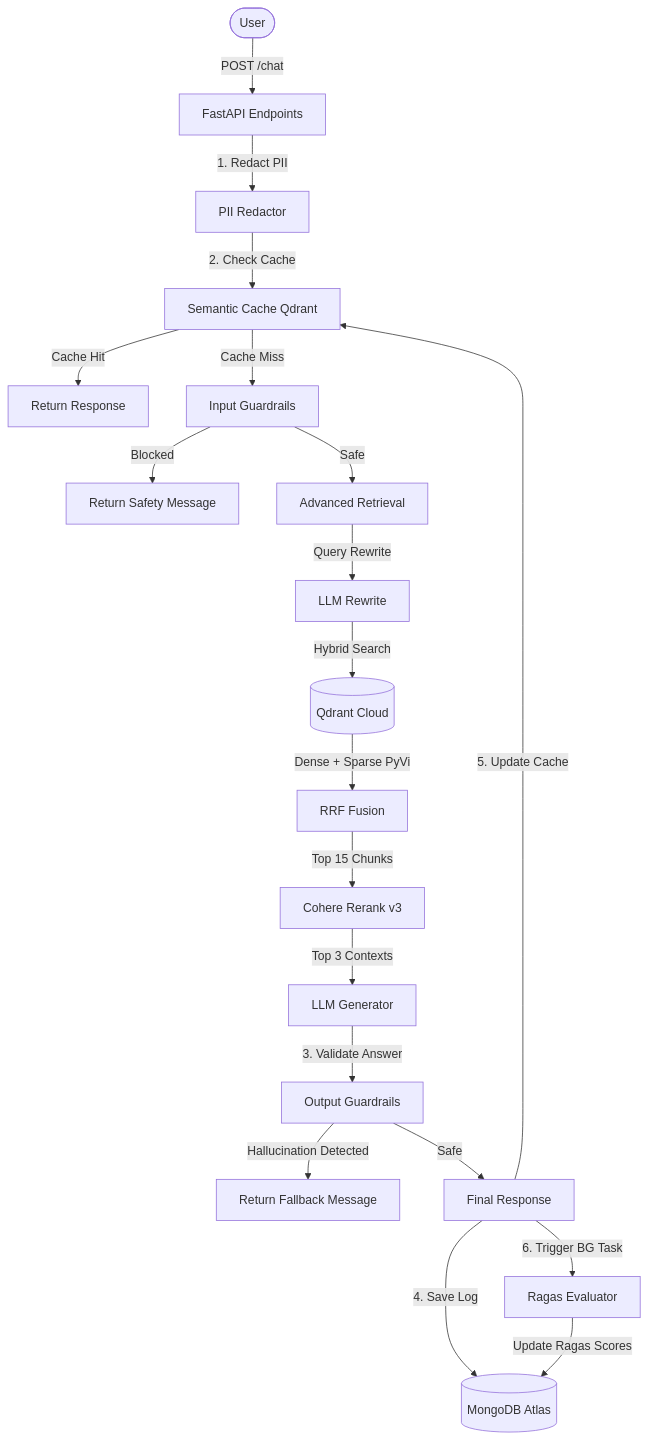
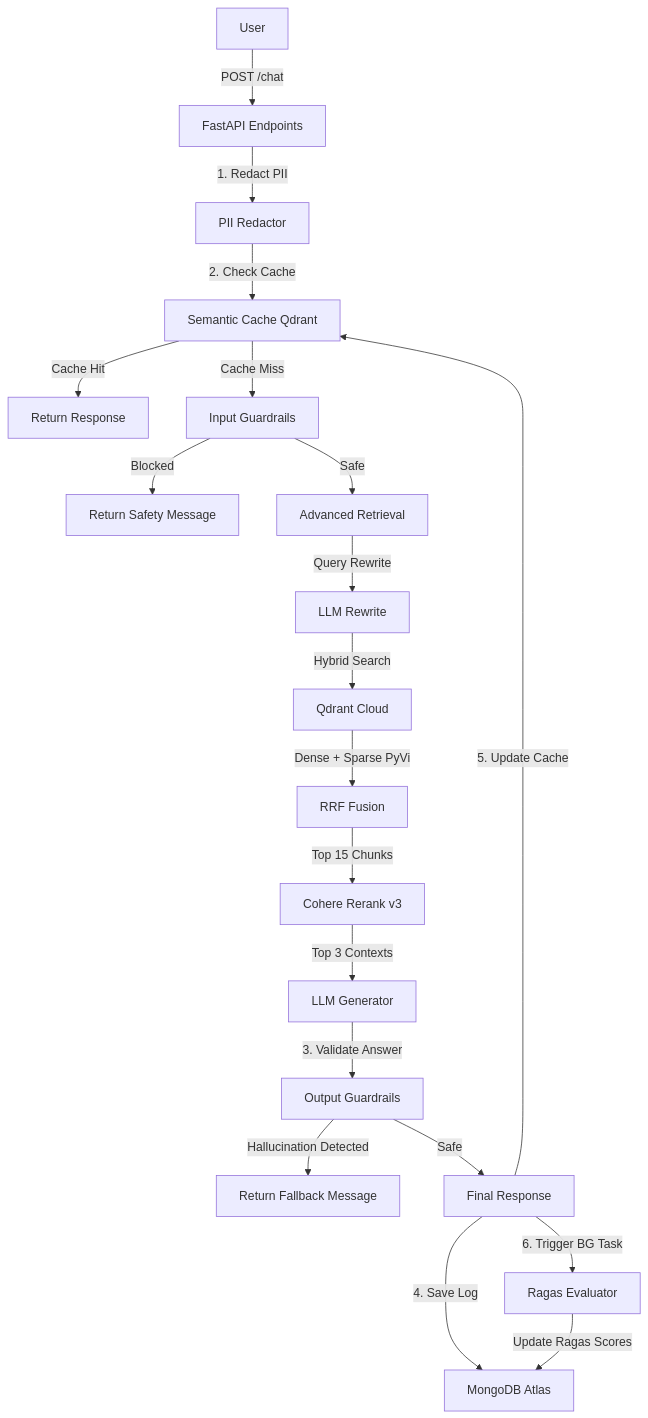
The diagram in README.md (TanNguyen234/VietLex-Tech-Spec), drawn with Mermaid before and after one commit. The commit also changed 4 other files, not shown here.

First line of the commit message:
feat: fix README Mermaid render, improve send button UI, and update screenshots

````diff
--- a/README.md
+++ b/README.md
@@ -47,25 +47,25 @@
 ```mermaid
 graph TD
-    User([User]) -->|POST /chat| API[FastAPI Endpoints]
-    API -->|1. Redact PII| PII[PII Redactor]
-    PII -->|2. Check Cache| Cache[Semantic Cache Qdrant]
-    Cache -->|Cache Hit| Return[Return Response]
-    Cache -->|Cache Miss| InputRails[Input Guardrails]
-    InputRails -->|Blocked| Block[Return Safety Message]
-    InputRails -->|Safe| RAG[Advanced Retrieval]
+    User["User"] -->|POST /chat| API["FastAPI Endpoints"]
+    API -->|1. Redact PII| PII["PII Redactor"]
+    PII -->|2. Check Cache| Cache["Semantic Cache Qdrant"]
+    Cache -->|Cache Hit| Return["Return Response"]
+    Cache -->|Cache Miss| InputRails["Input Guardrails"]
+    InputRails -->|Blocked| Block["Return Safety Message"]
+    InputRails -->|Safe| RAG["Advanced Retrieval"]
     
-    RAG -->|Query Rewrite| Rewrite[LLM Rewrite]
-    Rewrite -->|Hybrid Search| Qdrant[(Qdrant Cloud)]
-    Qdrant -->|Dense + Sparse PyVi| RRF[RRF Fusion]
-    RRF -->|Top 15 Chunks| Rerank[Cohere Rerank v3]
-    Rerank -->|Top 3 Contexts| Generator[LLM Generator]
+    RAG -->|Query Rewrite| Rewrite["LLM Rewrite"]
+    Rewrite -->|Hybrid Search| Qdrant["Qdrant Cloud"]
+    Qdrant -->|Dense + Sparse PyVi| RRF["RRF Fusion"]
+    RRF -->|Top 15 Chunks| Rerank["Cohere Rerank v3"]
+    Rerank -->|Top 3 Contexts| Generator["LLM Generator"]
     
-    Generator -->|3. Validate Answer| OutputRails[Output Guardrails]
-    OutputRails -->|Hallucination Detected| Fallback[Return Fallback Message]
-    OutputRails -->|Safe| FinalResponse[Final Response]
+    Generator -->|3. Validate Answer| OutputRails["Output Guardrails"]
+    OutputRails -->|Hallucination Detected| Fallback["Return Fallback Message"]
+    OutputRails -->|Safe| FinalResponse["Final Response"]
     
-    FinalResponse -->|4. Save Log| DB[(MongoDB Atlas)]
+    FinalResponse -->|4. Save Log| DB["MongoDB Atlas"]
     FinalResponse -->|5. Update Cache| Cache
-    FinalResponse -->|6. Trigger BG Task| Ragas[Ragas Evaluator]
+    FinalResponse -->|6. Trigger BG Task| Ragas["Ragas Evaluator"]
     Ragas -->|Update Ragas Scores| DB
 ```
````
